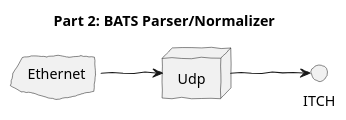
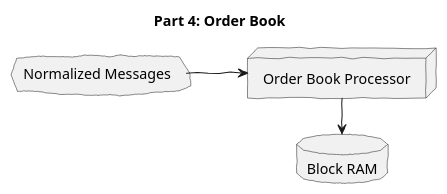
One commit to fpganow/OrderBook changed the diagram in diagrams/Part.4.plantuml. Above: the diagram before and after it, drawn with PlantUML. The commit also changed 86 other files, not shown here.

```diff
--- a/diagrams/Part.4.plantuml
+++ b/diagrams/Part.4.plantuml
@@ -1,24 +1,19 @@
-@startuml Part Two
+@startuml Part 4: Order Book
 
-title Part 2: BATS Parser/Normalizer
+title Part 4: Order Book
 
 skinparam handwritten true
 left to right direction
 
 skinparam cloud {
     handwritten false
 }
 
-' BATS/NASDAQ
-' PITCH/ITCH
-' data is in the form of:
-'   one byte per cycle
-'   eight bytes per cycle
+cloud "Normalized Messages" as Normalized
+node "Order Book Processor" as OrderBook
+database "Block RAM" as Memory
 
-cloud Ethernet
-node Udp
-
-Ethernet --> Udp
-Udp --> ITCH
+Normalized --> OrderBook
+OrderBook -> Memory
 
 @enduml
```
